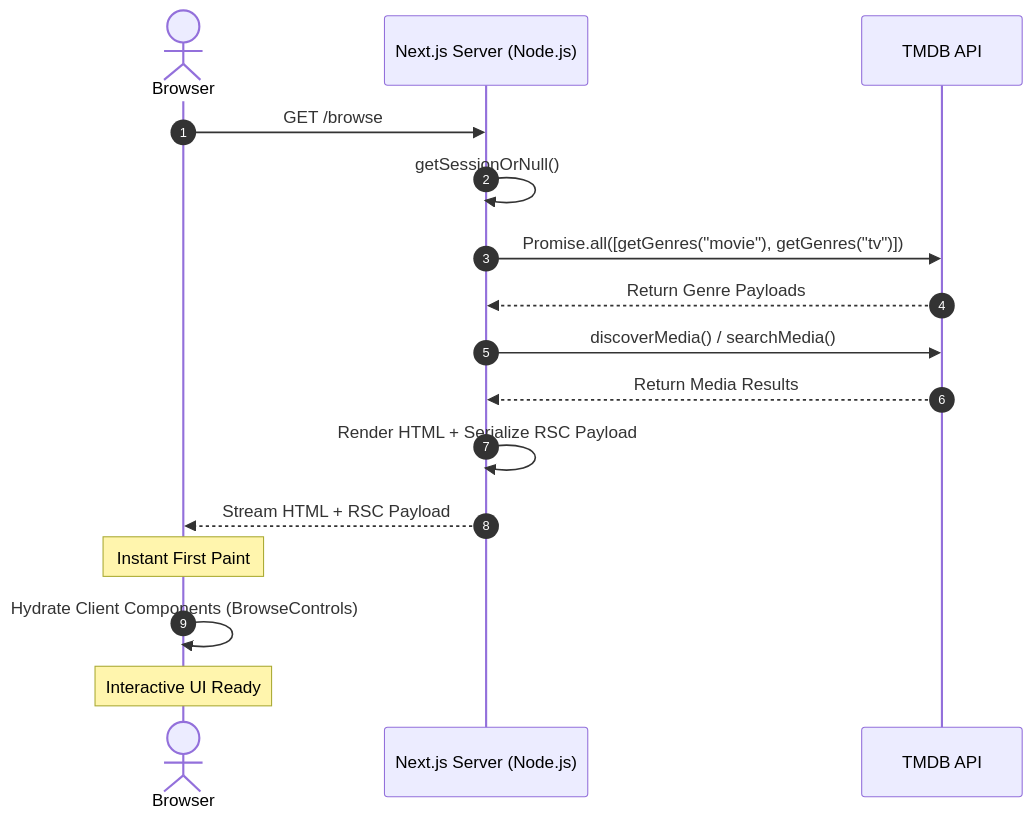
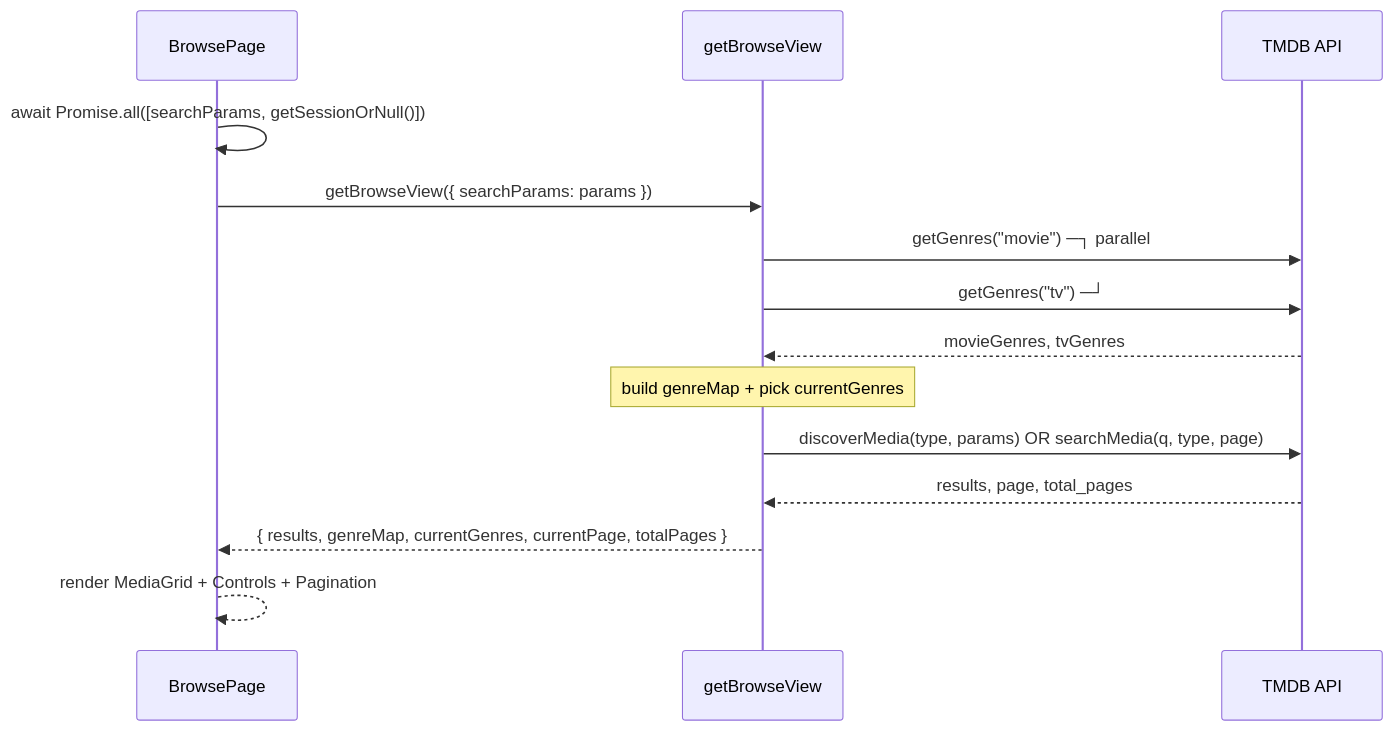
One commit to dasun-sathsara/lexiflix changed the third of 9 diagrams in docs/explanatory_documents/browse-rendering-and-data-fetching-lifecycle.md. Above: the diagram before and after it, drawn with Mermaid. The commit also changed other lines of this file, not shown here.

Commit message:
docs: rewrite browse page rendering and data-fetching lifecycle architectural masterwork

````diff
--- a/docs/explanatory_documents/browse-rendering-and-data-fetching-lifecycle.md
+++ b/docs/explanatory_documents/browse-rendering-and-data-fetching-lifecycle.md
@@ -25,19 +211,17 @@
 ```mermaid
 sequenceDiagram
-    autonumber
-    actor Browser
-    participant Server as Next.js Server (Node.js)
+    participant Page as BrowsePage
+    participant Query as getBrowseView
     participant TMDB as TMDB API
 
-    Browser->>Server: GET /browse
-    Server->>Server: getSessionOrNull()
-    Server->>TMDB: Promise.all([getGenres("movie"), getGenres("tv")])
-    TMDB-->>Server: Return Genre Payloads
-    Server->>TMDB: discoverMedia() / searchMedia()
-    TMDB-->>Server: Return Media Results
-    Server->>Server: Render HTML + Serialize RSC Payload
-    Server-->>Browser: Stream HTML + RSC Payload
-    Note over Browser: Instant First Paint
-    Browser->>Browser: Hydrate Client Components (BrowseControls)
-    Note over Browser: Interactive UI Ready
+    Page->>Page: await Promise.all([searchParams, getSessionOrNull()])
+    Page->>Query: getBrowseView({ searchParams: params })
+    Query->>TMDB: getGenres("movie") ─┐ parallel
+    Query->>TMDB: getGenres("tv")    ─┘
+    TMDB-->>Query: movieGenres, tvGenres
+    Note over Query: build genreMap + pick currentGenres
+    Query->>TMDB: discoverMedia(type, params) OR searchMedia(q, type, page)
+    TMDB-->>Query: results, page, total_pages
+    Query-->>Page: { results, genreMap, currentGenres, currentPage, totalPages }
+    Page-->>Page: render MediaGrid + Controls + Pagination
 ```
````
